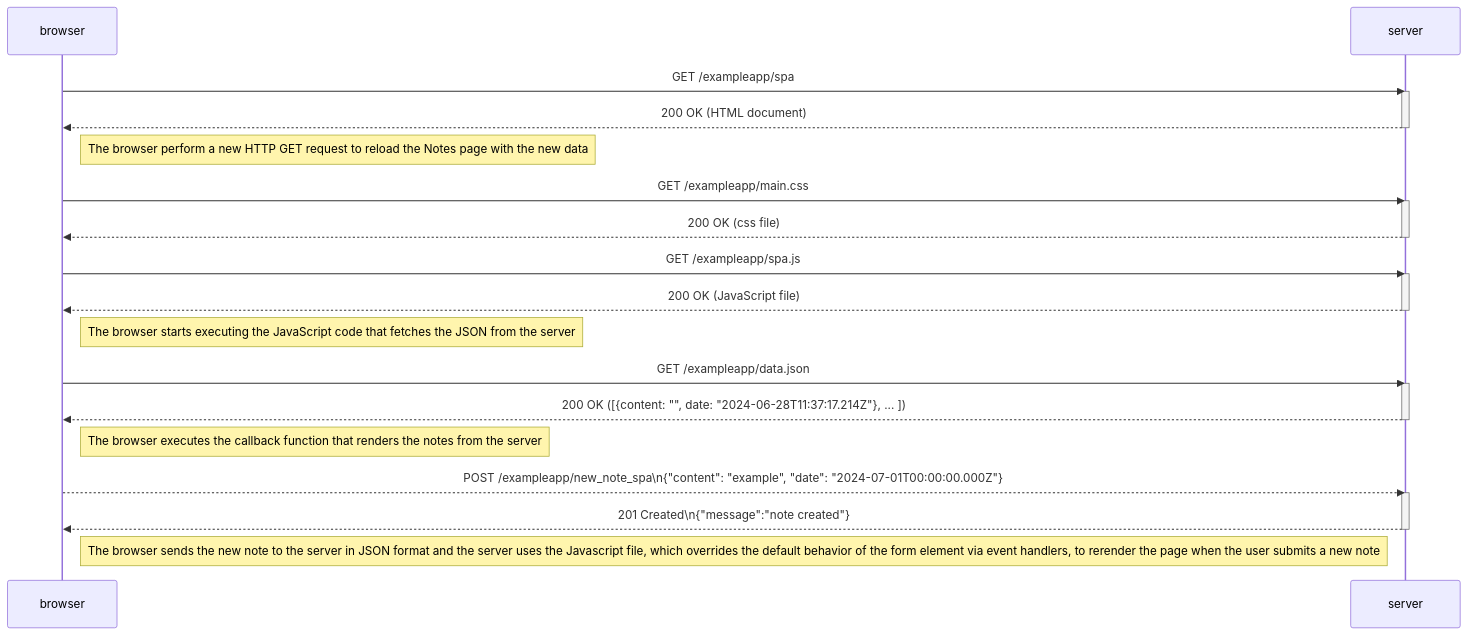
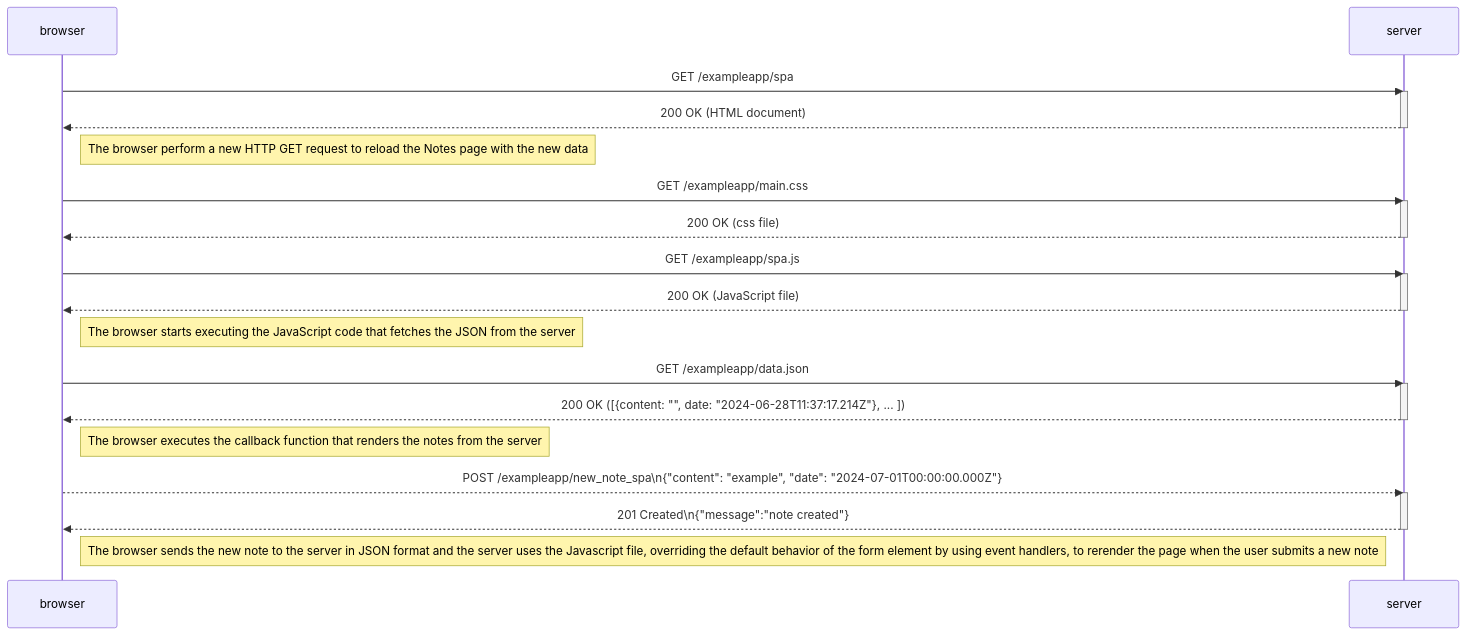
Before and after one commit to dollybuzz/fullstackopen: the diagram in part0/0.6_NewNoteSPADiagram.md, drawn with Mermaid. The commit also changed 1 other file, not shown here.

Commit message:
remove README.md and update note

````diff
--- a/part0/0.6_NewNoteSPADiagram.md
+++ b/part0/0.6_NewNoteSPADiagram.md
@@ -1,38 +1,38 @@
 ```mermaid
 sequenceDiagram
     participant browser
     participant server
 
     browser->>server: GET /exampleapp/spa
     activate server
     server-->>browser: 200 OK (HTML document)
     deactivate server
 
     Note right of browser: The browser perform a new HTTP GET request to reload the Notes page with the new data
 
     browser->>server: GET /exampleapp/main.css
     activate server
     server-->>browser: 200 OK (css file)
     deactivate server
 
     browser->>server: GET /exampleapp/spa.js
     activate server
     server-->>browser: 200 OK (JavaScript file)
     deactivate server
 
     Note right of browser: The browser starts executing the JavaScript code that fetches the JSON from the server
 
     browser->>server: GET /exampleapp/data.json
     activate server
     server-->>browser: 200 OK ([{content: "", date: "2024-06-28T11:37:17.214Z"}, ... ])
     deactivate server
 
     Note right of browser: The browser executes the callback function that renders the notes from the server
 
     browser-->>server: POST /exampleapp/new_note_spa\n{"content": "example", "date": "2024-07-01T00:00:00.000Z"}
     activate server
     server-->>browser: 201 Created\n{"message":"note created"}
     deactivate server
 
-    Note right of browser: The browser sends the new note to the server in JSON format and the server uses the Javascript file, which overrides the default behavior of the form element via event handlers, to rerender the page when the user submits a new note
+    Note right of browser: The browser sends the new note to the server in JSON format and the server uses the Javascript file, overriding the default behavior of the form element by using event handlers, to rerender the page when the user submits a new note
 ```
````
